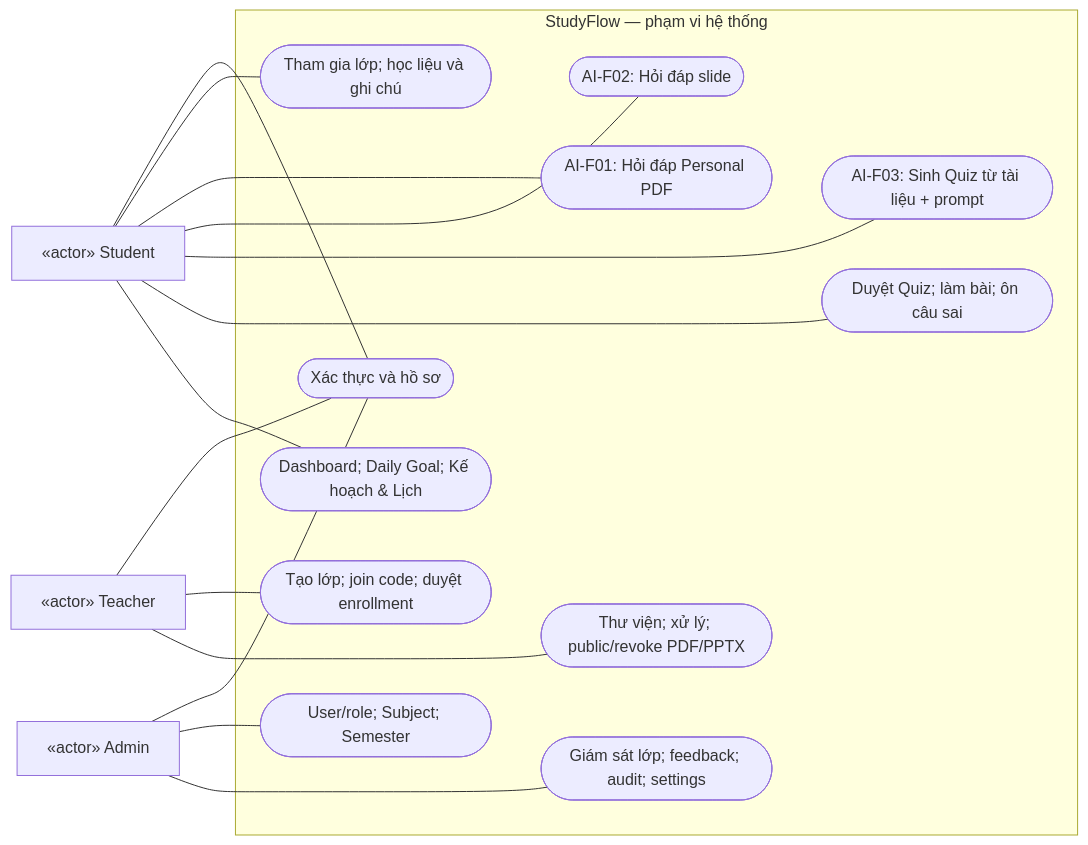
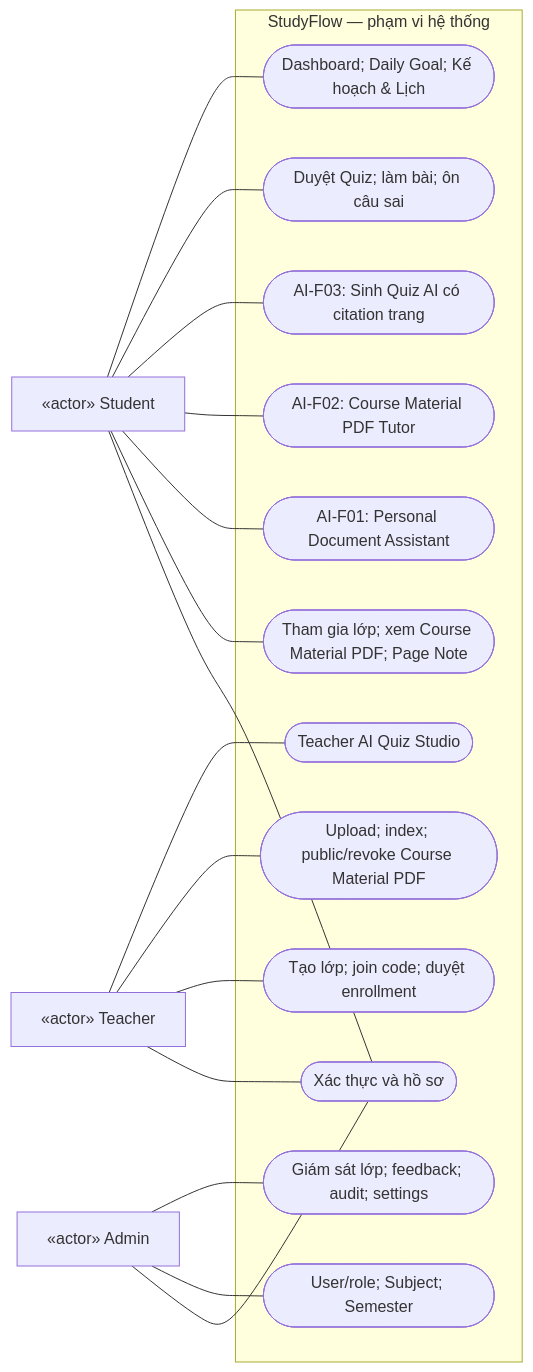
Before and after one commit to bch7504/DATN: the diagram in docs/diagrams/chuong-2/use-case-01-tong-quat.mmd, drawn with Mermaid. The commit also changed 128 other files, not shown here.

Commit message:
feat: align StudyFlow with PDF AI assistant flow

```diff
--- a/docs/diagrams/chuong-2/use-case-01-tong-quat.mmd
+++ b/docs/diagrams/chuong-2/use-case-01-tong-quat.mmd
@@ -1,24 +1,21 @@
 flowchart LR
   S["«actor» Student"]
   T["«actor» Teacher"]
   A["«actor» Admin"]
   subgraph SYS["StudyFlow — phạm vi hệ thống"]
     AUTH(["Xác thực và hồ sơ"])
-    LEARN(["Tham gia lớp; học liệu và ghi chú"])
-    RAG(["AI-F01: Hỏi đáp Personal PDF"])
-    TUTOR(["AI-F02: Hỏi đáp slide"])
-    QUIZ(["AI-F03: Sinh Quiz từ tài liệu + prompt"])
+    LEARN(["Tham gia lớp; xem Course Material PDF; Page Note"])
+    ASSIST(["AI-F01: Personal Document Assistant"])
+    TUTOR(["AI-F02: Course Material PDF Tutor"])
+    QUIZ(["AI-F03: Sinh Quiz AI có citation trang"])
     REVIEW(["Duyệt Quiz; làm bài; ôn câu sai"])
     PLAN(["Dashboard; Daily Goal; Kế hoạch & Lịch"])
     CLASS(["Tạo lớp; join code; duyệt enrollment"])
-    DOC(["Thư viện; xử lý; public/revoke PDF/PPTX"])
+    DOC(["Upload; index; public/revoke Course Material PDF"])
+    TQUIZ(["Teacher AI Quiz Studio"])
     CAT(["User/role; Subject; Semester"])
     OPS(["Giám sát lớp; feedback; audit; settings"])
   end
-  S --- AUTH & LEARN & RAG & TUTOR & QUIZ & REVIEW & PLAN
-  T --- AUTH & CLASS & DOC
+  S --- AUTH & LEARN & ASSIST & TUTOR & QUIZ & REVIEW & PLAN
+  T --- AUTH & CLASS & DOC & TQUIZ
   A --- AUTH & CAT & OPS
-  AUTH ~~~ RAG ~~~ QUIZ
-  LEARN ~~~ TUTOR ~~~ REVIEW
-  CLASS ~~~ DOC
-  CAT ~~~ OPS
```
